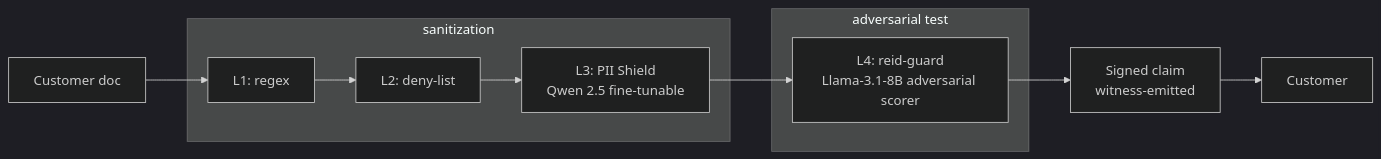
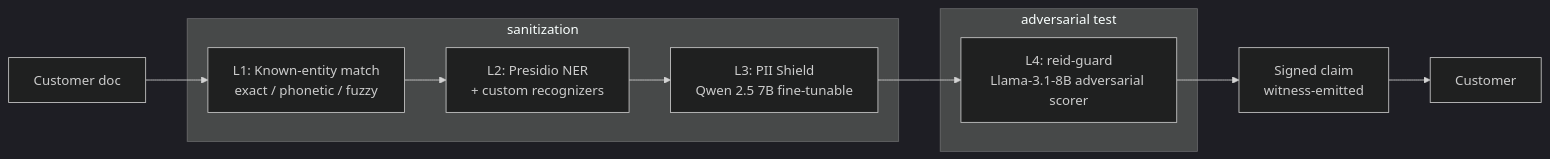
The diagram in README.md (Declade/lucairn-research), drawn with Mermaid (dark theme) before and after one commit. The commit also changed other lines of this file and 8 other files, not shown here.

````diff
--- a/README.md
+++ b/README.md
@@ -52,18 +52,18 @@
 ```mermaid
 flowchart LR
-    A[Customer doc] --> L1[L1: regex]
-    L1 --> L2[L2: deny-list]
-    L2 --> L3[L3: PII Shield<br/>Qwen 2.5 fine-tunable]
+    A[Customer doc] --> L1[L1: Known-entity match<br/>exact / phonetic / fuzzy]
+    L1 --> L2[L2: Presidio NER<br/>+ custom recognizers]
+    L2 --> L3[L3: PII Shield<br/>Qwen 2.5 7B fine-tunable]
     L3 --> L4[L4: reid-guard<br/>Llama-3.1-8B adversarial scorer]
     L4 --> SC[Signed claim<br/>witness-emitted]
     SC --> C[Customer]
 
     subgraph sanitization
         L1
         L2
         L3
     end
     subgraph adversarial test
         L4
     end
 ```
````
